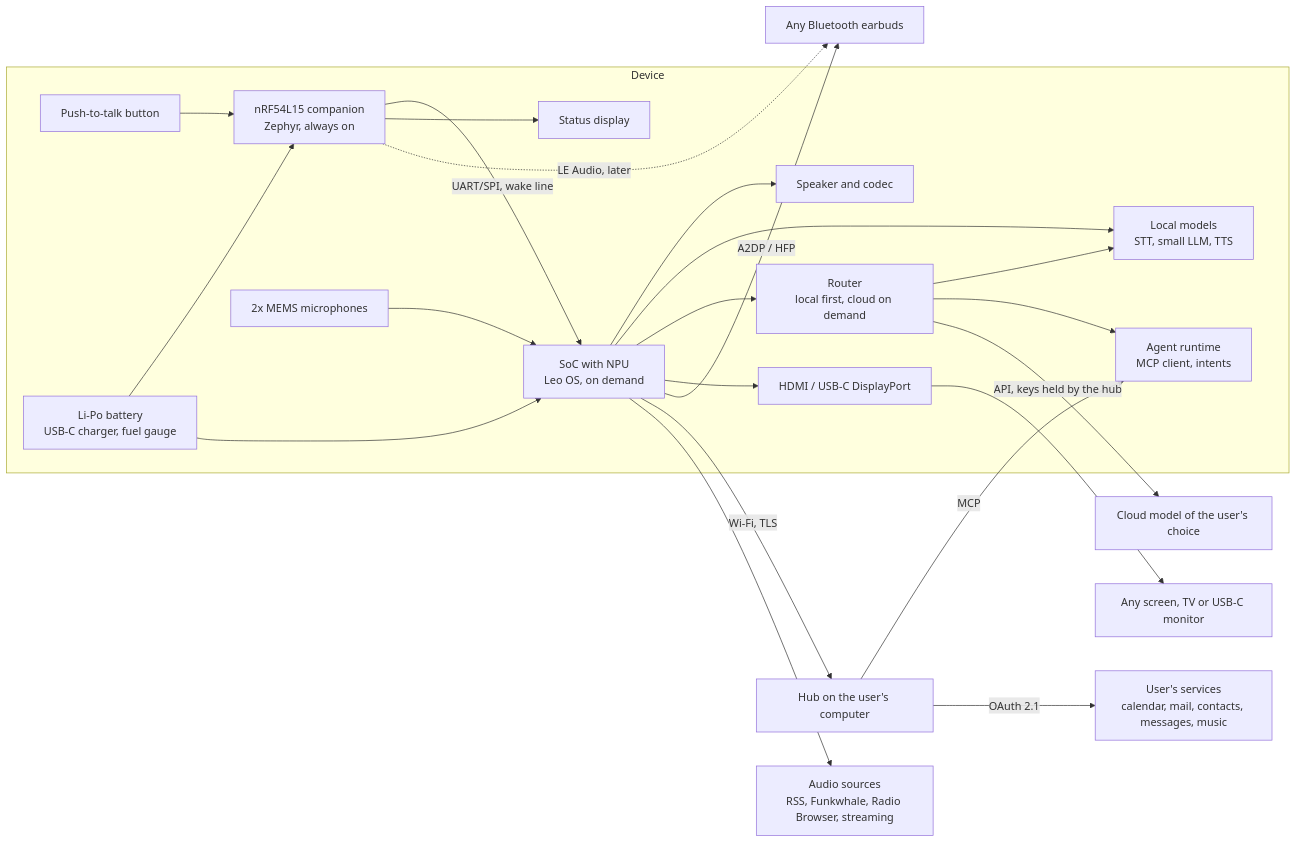
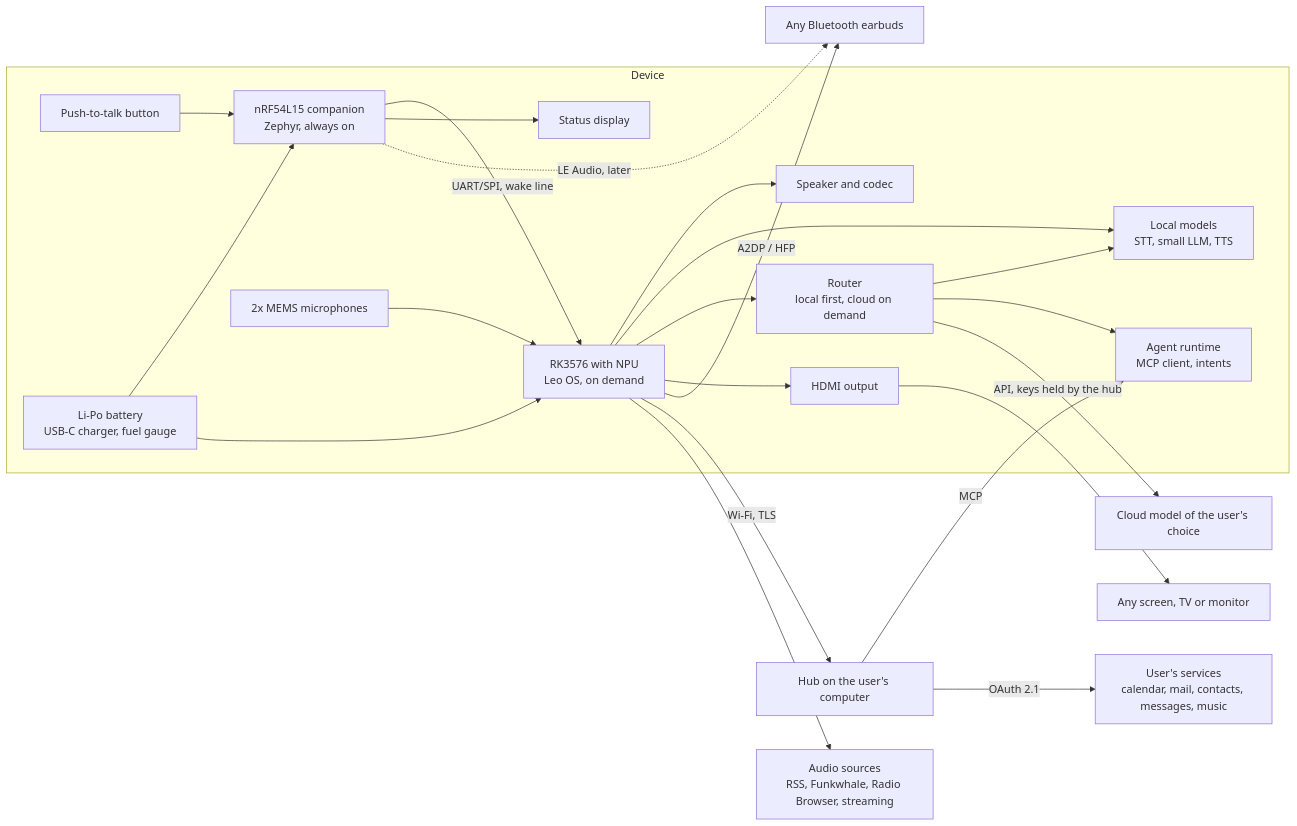
The diagram in docs/architecture.md (77-Delta/leo-device), drawn with Mermaid before and after one commit. The commit also changed other lines of this file and 2 other files, not shown here.

````diff
--- a/docs/architecture.md
+++ b/docs/architecture.md
@@ -8,42 +8,42 @@
 ```mermaid
 flowchart LR
   subgraph device [Device]
     BTN[Push-to-talk button]
     MCU[nRF54L15 companion\nZephyr, always on]
-    SOC[SoC with NPU\nLeo OS, on demand]
+    SOC[RK3576 with NPU\nLeo OS, on demand]
     LOCAL[Local models\nSTT, small LLM, TTS]
     ROUTER[Router\nlocal first, cloud on demand]
     AGENT[Agent runtime\nMCP client, intents]
     DISP[Status display]
-    OUT[HDMI / USB-C DisplayPort]
+    OUT[HDMI output]
     MIC[2x MEMS microphones]
     SPK[Speaker and codec]
     BAT[Li-Po battery\nUSB-C charger, fuel gauge]
     BTN --> MCU
     MCU -- UART/SPI, wake line --> SOC
     MCU --> DISP
     MIC --> SOC
     SOC --> SPK
     SOC --> LOCAL
     SOC --> ROUTER
     ROUTER --> LOCAL
     ROUTER --> AGENT
     SOC --> OUT
     BAT --> MCU
     BAT --> SOC
   end
   EAR[Any Bluetooth earbuds]
-  SCREEN[Any screen, TV or USB-C monitor]
+  SCREEN[Any screen, TV or monitor]
   HUB[Hub on the user's computer]
   SVC[User's services\ncalendar, mail, contacts, messages, music]
   CLOUD[Cloud model of the user's choice]
   AUDIO[Audio sources\nRSS, Funkwhale, Radio Browser, streaming]
   SOC -- A2DP / HFP --> EAR
   MCU -. LE Audio, later .-> EAR
   OUT --> SCREEN
   SOC -- Wi-Fi, TLS --> HUB
   HUB -- OAuth 2.1 --> SVC
   HUB -- MCP --> AGENT
   ROUTER -- API, keys held by the hub --> CLOUD
   SOC --> AUDIO
 ```
````
